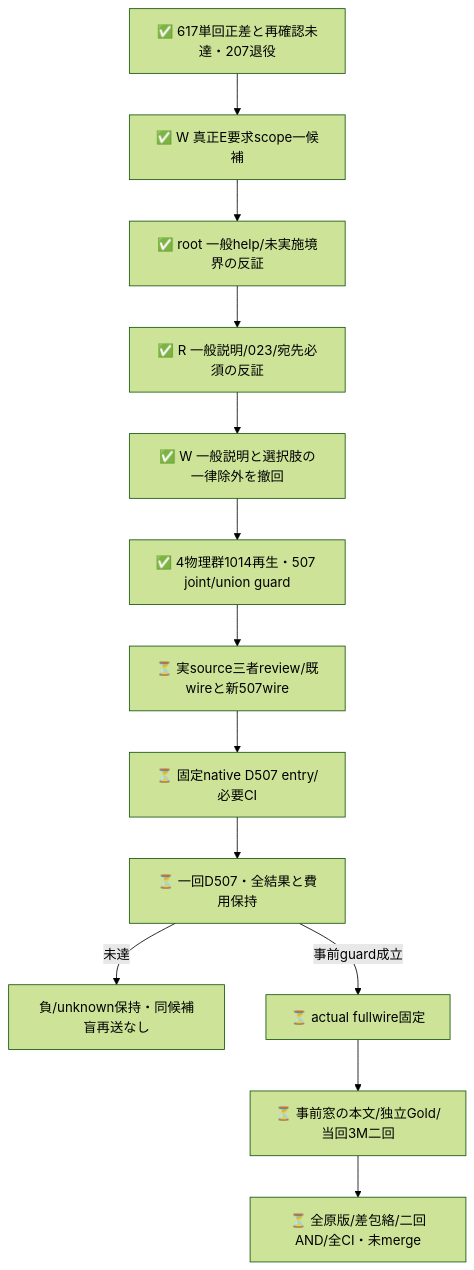
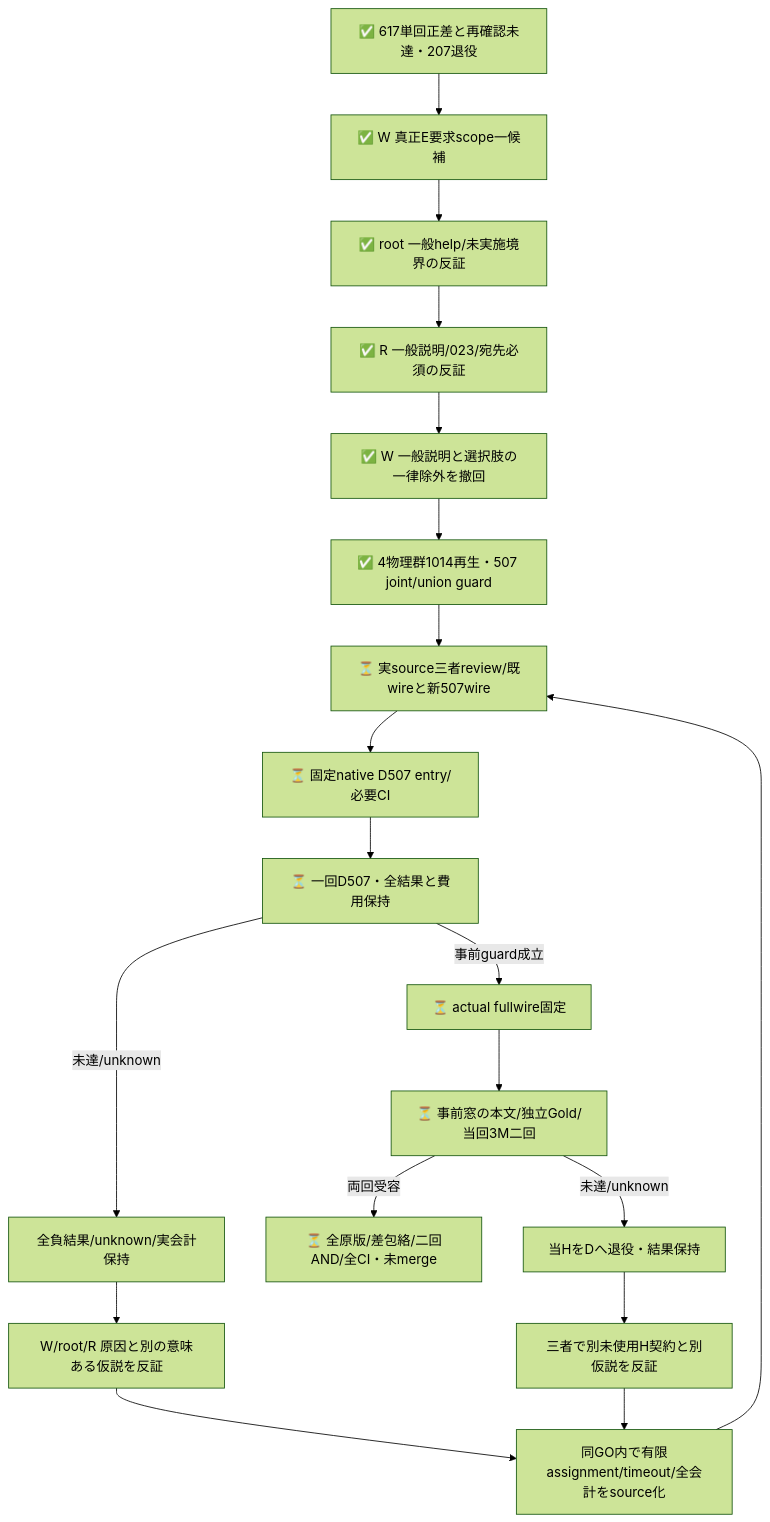
Before and after one commit to roccho-org/ops: the diagram in experiments/sys1-eval-loop/expectation/README.md, drawn with Mermaid (forest theme). The commit also changed other lines of this file and 15 other files, not shown here.

````diff
--- a/experiments/sys1-eval-loop/expectation/README.md
+++ b/experiments/sys1-eval-loop/expectation/README.md
@@ -17,15 +21,21 @@
 ```mermaid
 flowchart TB
   OLD[✅ 617単回正差と再確認未達・207退役] --> CLAIM[✅ W 真正E要求scope一候補]
   CLAIM --> ROOT[✅ root 一般help/未実施境界の反証]
   ROOT --> R[✅ R 一般説明/023/宛先必須の反証]
   R --> REVISE[✅ W 一般説明と選択肢の一律除外を撤回]
   REVISE --> PURE[✅ 4物理群1014再生・507 joint/union guard]
   PURE --> REVIEW[⏳ 実source三者review/既wireと新507wire]
   REVIEW --> ENTRY[⏳ 固定native D507 entry/必要CI]
   ENTRY --> D[⏳ 一回D507・全結果と費用保持]
-  D -->|未達| KEEP[負/unknown保持・同候補盲再送なし]
+  D -->|未達/unknown| KEEP[全負結果/unknown/実会計保持]
+  KEEP --> COUNTER[W/root/R 原因と別の意味ある仮説を反証]
+  COUNTER --> CONTRACT[同GO内で有限assignment/timeout/全会計をsource化]
+  CONTRACT --> REVIEW
   D -->|事前guard成立| FREEZE[⏳ actual fullwire固定]
   FREEZE --> H[⏳ 事前窓の本文/独立Gold/当回3M二回]
-  H --> END[⏳ 全原版/差包絡/二回AND/全CI・未merge]
+  H -->|両回受容| END[⏳ 全原版/差包絡/二回AND/全CI・未merge]
+  H -->|未達/unknown| RETIRE[当HをDへ退役・結果保持]
+  RETIRE --> NEW[三者で別未使用H契約と別仮説を反証]
+  NEW --> CONTRACT
 ```
````
